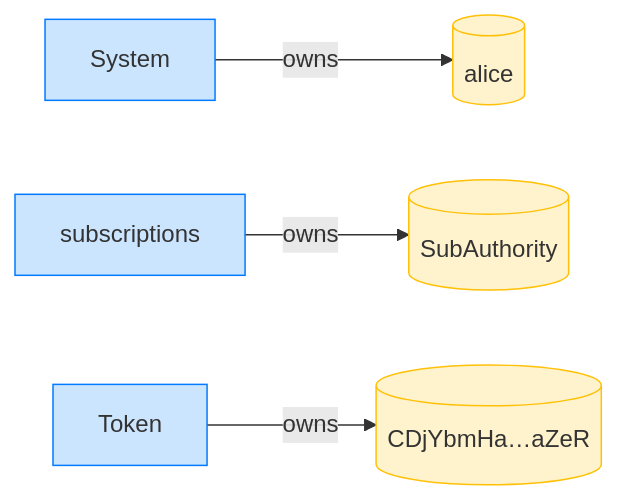
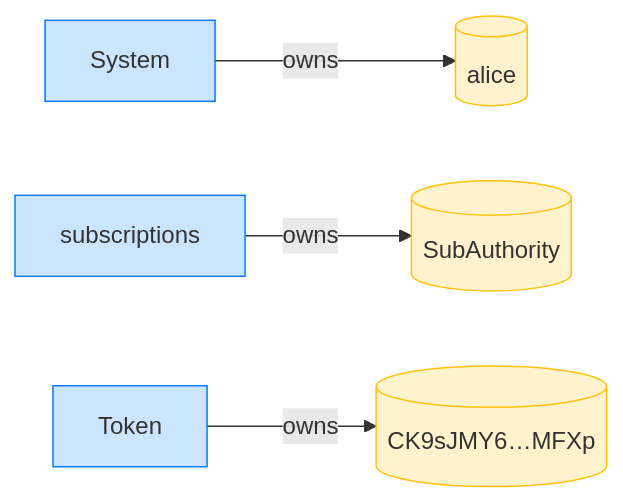
Before and after one commit to cds-rs/subscriptions: the fourth of 12 diagrams in dsl_tests/subscribe-with-a-sponsor.md, drawn with Mermaid. The commit also changed other lines of this file and 224 other files, not shown here.

````diff
--- a/dsl_tests/subscribe-with-a-sponsor.md
+++ b/dsl_tests/subscribe-with-a-sponsor.md
@@ -73,14 +78,14 @@
 ```mermaid
 flowchart LR
     classDef owner fill:#cce5ff,stroke:#007bff;
     classDef account fill:#fff3cd,stroke:#ffc107;
     System[System]:::owner
     alice[(alice)]:::account
     subscriptions[subscriptions]:::owner
     SubAuthority[(SubAuthority)]:::account
     Token[Token]:::owner
-    CDjYbmHa_aZeR[("CDjYbmHa…aZeR")]:::account
+    CK9sJMY6_MFXp[("CK9sJMY6…MFXp")]:::account
     System -->|owns| alice
     subscriptions -->|owns| SubAuthority
-    Token -->|owns| CDjYbmHa_aZeR
+    Token -->|owns| CK9sJMY6_MFXp
 ```
````
